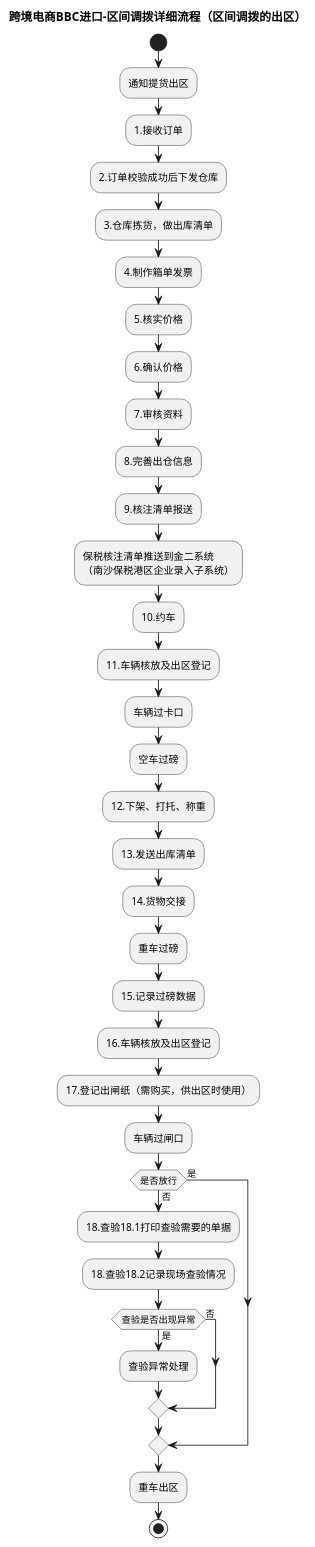
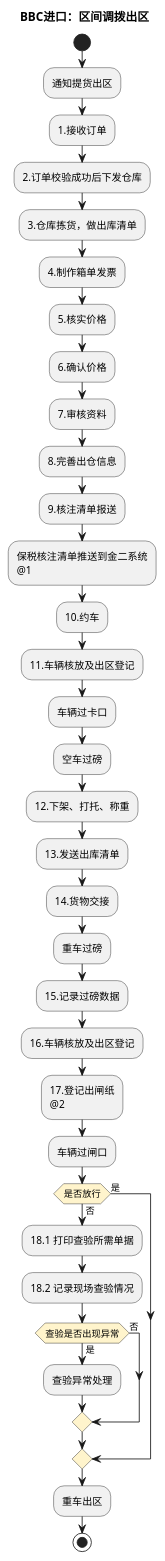
Before and after one commit to jack888332/projects-doc: the first of 12 diagrams in product-caliber/goldjet/segmented-prd/mainflow/PRD.高捷物流系统一期.主流程.06.跨境电商BBC进口详细流程.md, drawn with PlantUML. The commit also changed other lines of this file and 20 other files, not shown here.

Commit message:
优化流程表对应的DLS图

````diff
--- a/product-caliber/goldjet/segmented-prd/mainflow/PRD.高捷物流系统一期.主流程.06.跨境电商BBC进口详细流程.md
+++ b/product-caliber/goldjet/segmented-prd/mainflow/PRD.高捷物流系统一期.主流程.06.跨境电商BBC进口详细流程.md
@@ -11,40 +11,41 @@
 ```plantuml
 @startuml
-title 跨境电商BBC进口-区间调拨详细流程（区间调拨的出区）
+skinparam activityDiamondBackgroundColor #FFF4CC
+title BBC进口：区间调拨出区
 start
 :通知提货出区;
 :1.接收订单;
 :2.订单校验成功后下发仓库;
 :3.仓库拣货，做出库清单;
 :4.制作箱单发票;
 :5.核实价格;
 :6.确认价格;
 :7.审核资料;
 :8.完善出仓信息;
 :9.核注清单报送;
-:保税核注清单推送到金二系统\n（南沙保税港区企业录入子系统）;
+:保税核注清单推送到金二系统\n@1;
 :10.约车;
 :11.车辆核放及出区登记;
 :车辆过卡口;
 :空车过磅;
 :12.下架、打托、称重;
 :13.发送出库清单;
 :14.货物交接;
 :重车过磅;
 :15.记录过磅数据;
 :16.车辆核放及出区登记;
-:17.登记出闸纸（需购买，供出区时使用）;
+:17.登记出闸纸\n@2;
 :车辆过闸口;
 if (是否放行) then (是)
 else (否)
-  :18.查验18.1打印查验需要的单据;
-  :18.查验18.2记录现场查验情况;
+  :18.1 打印查验所需单据;
+  :18.2 记录现场查验情况;
   if (查验是否出现异常) then (是)
     :查验异常处理;
   else (否)
   endif
 endif
 :重车出区;
 stop
 @enduml
 ```
````
